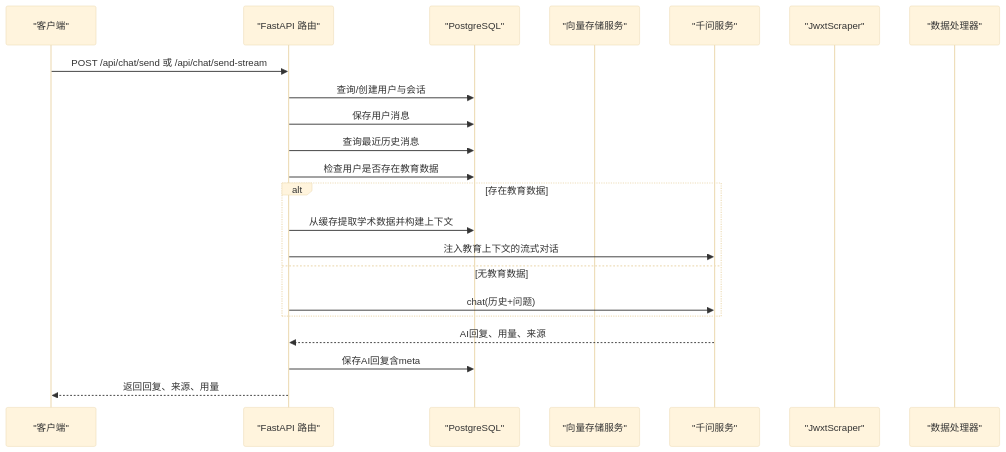
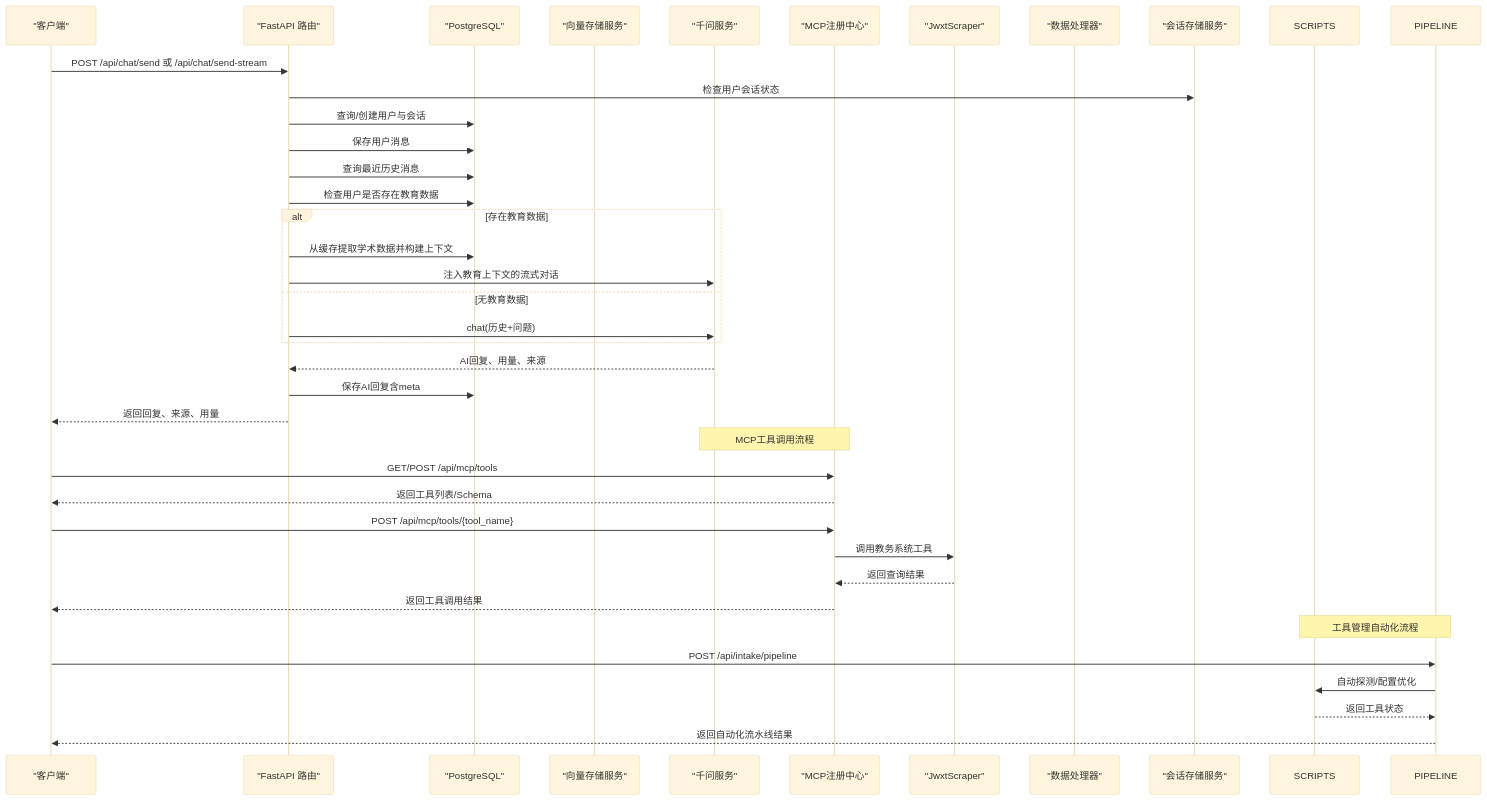
One commit to ghbbn053-ship-itsoulddog/soulddog changed the second of 23 diagrams in .qoder/repowiki/zh/content/AI智能问答系统/AI智能问答系统.md. Above: the diagram before and after it, drawn with Mermaid (base theme). The commit also changed other lines of this file and 119 other files, not shown here.

````diff
--- a/.qoder/repowiki/zh/content/AI智能问答系统/AI智能问答系统.md
+++ b/.qoder/repowiki/zh/content/AI智能问答系统/AI智能问答系统.md
@@ -108,24 +192,39 @@
 ```mermaid
 sequenceDiagram
 participant Client as "客户端"
 participant API as "FastAPI 路由"
 participant DB as "PostgreSQL"
 participant VS as "向量存储服务"
 participant QW as "千问服务"
+participant MCPR as "MCP注册中心"
 participant SC as "JwxtScraper"
 participant DP as "数据处理器"
+participant SS as "会话存储服务"
 Client->>API : POST /api/chat/send 或 /api/chat/send-stream
+API->>SS : 检查用户会话状态
 API->>DB : 查询/创建用户与会话
 API->>DB : 保存用户消息
 API->>DB : 查询最近历史消息
 API->>DB : 检查用户是否存在教育数据
 alt 存在教育数据
 API->>DB : 从缓存提取学术数据并构建上下文
 API->>QW : 注入教育上下文的流式对话
 else 无教育数据
 API->>QW : chat(历史+问题)
 end
 QW-->>API : AI回复、用量、来源
 API->>DB : 保存AI回复含meta
 API-->>Client : 返回回复、来源、用量
+Note over MCPR,QW : MCP工具调用流程
+Client->>MCPR : GET/POST /api/mcp/tools
+MCPR-->>Client : 返回工具列表/Schema
+Client->>MCPR : POST /api/mcp/tools/{tool_name}
+MCPR->>SC : 调用教务系统工具
+SC-->>MCPR : 返回查询结果
+MCPR-->>Client : 返回工具调用结果
+Note over SCRIPTS,PIPELINE : 工具管理自动化流程
+Client->>PIPELINE : POST /api/intake/pipeline
+PIPELINE->>SCRIPTS : 自动探测/配置优化
+SCRIPTS-->>PIPELINE : 返回工具状态
+PIPELINE-->>Client : 返回自动化流水线结果
 ```
````
